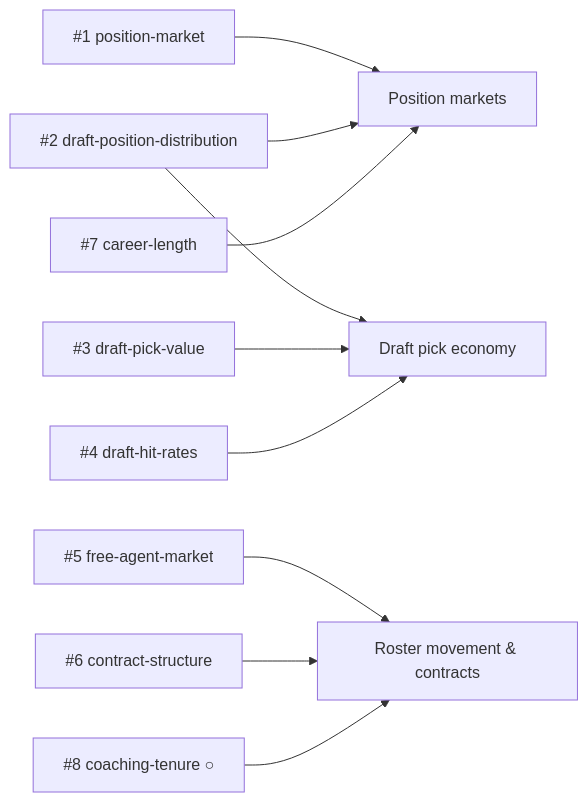
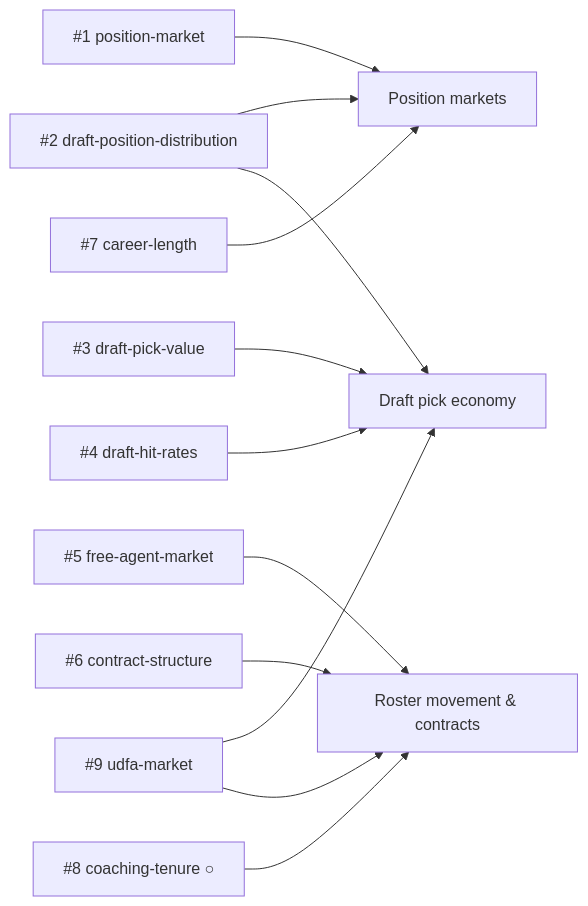
The second of 2 diagrams in data/docs/calibration-gaps.md (Tiernebre/zone-blitz), drawn with Mermaid before and after one commit. The commit also changed other lines of this file and 4 other files, not shown here.

````diff
--- a/data/docs/calibration-gaps.md
+++ b/data/docs/calibration-gaps.md
@@ -77,25 +78,28 @@
 ```mermaid
 flowchart LR
     ASK1[Position markets]
     ASK2[Draft pick economy]
     ASK3[Roster movement & contracts]
 
     G1[#1 position-market]
     G2[#2 draft-position-distribution]
     G3[#3 draft-pick-value]
     G4[#4 draft-hit-rates]
     G5[#5 free-agent-market]
     G6[#6 contract-structure]
     G7[#7 career-length]
     G8[#8 coaching-tenure ○]
+    G9[#9 udfa-market]
 
     G1 --> ASK1
     G2 --> ASK1
     G2 --> ASK2
     G3 --> ASK2
     G4 --> ASK2
     G5 --> ASK3
     G6 --> ASK3
     G7 --> ASK1
     G8 --> ASK3
+    G9 --> ASK2
+    G9 --> ASK3
 ```
````
